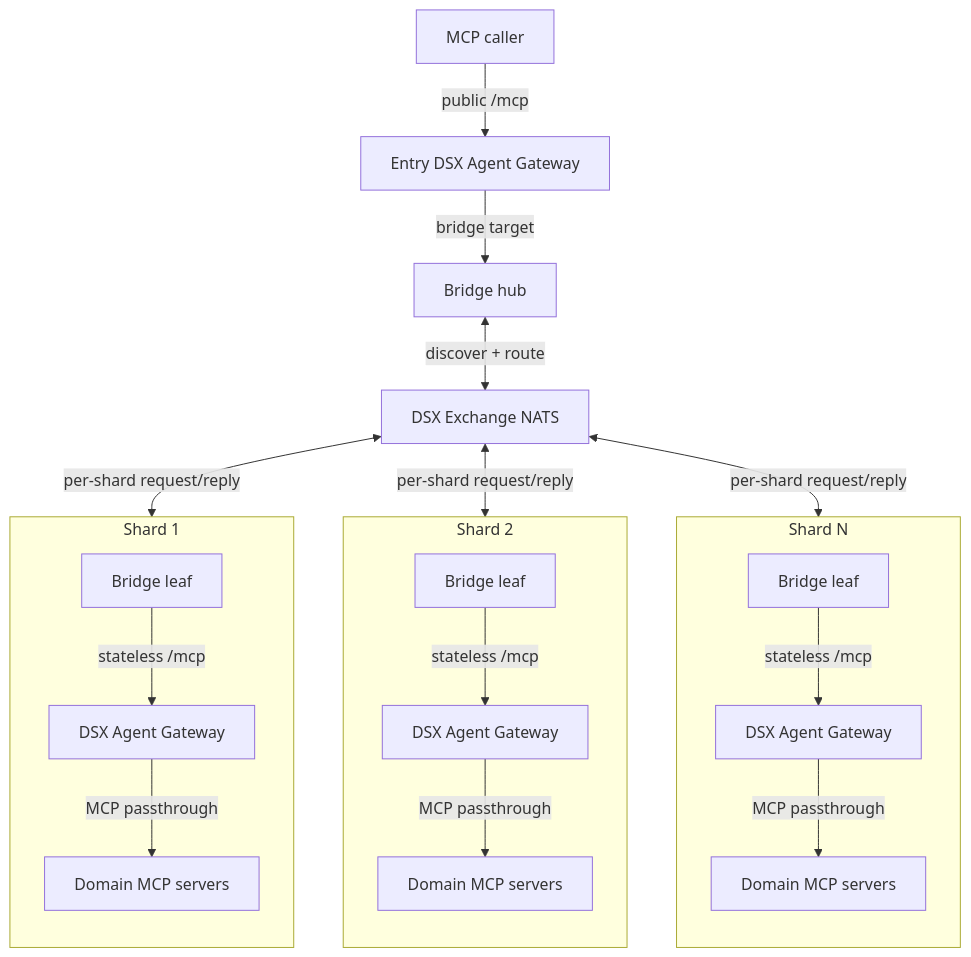
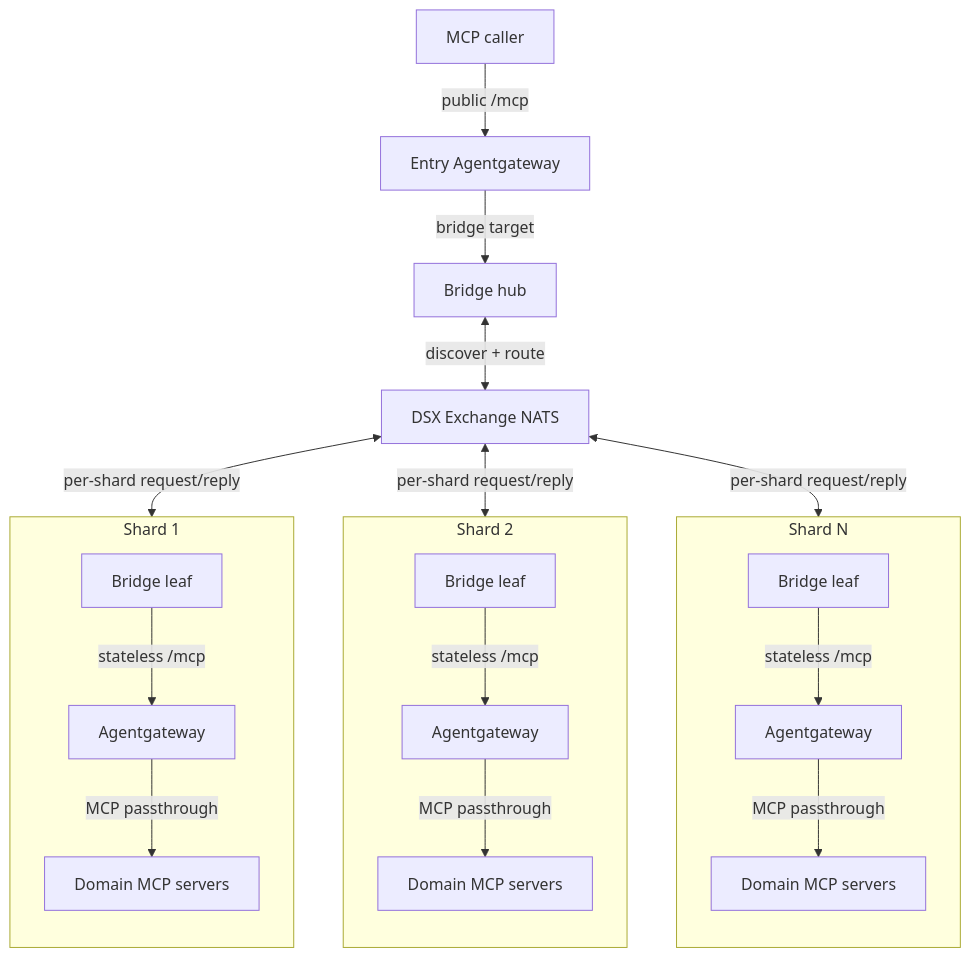
One commit to NVIDIA/dsx-exchange changed the first of 5 diagrams in dsx-agentgateway-bridge/README.md. Above: the diagram before and after it, drawn with Mermaid. The commit also changed other lines of this file and 12 other files, not shown here.

````diff
--- a/dsx-agentgateway-bridge/README.md
+++ b/dsx-agentgateway-bridge/README.md
@@ -14,41 +14,41 @@
 ```mermaid
 flowchart TB
     caller["MCP caller"]
-    entry["Entry DSX Agent Gateway"]
+    entry["Entry Agentgateway"]
     hub["Bridge hub"]
     nats["DSX Exchange NATS"]
 
     subgraph shardN["Shard N"]
         direction TB
         leafN["Bridge leaf"]
-        gatewayN["DSX Agent Gateway"]
+        gatewayN["Agentgateway"]
         domainsN["Domain MCP servers"]
         leafN -->|stateless /mcp| gatewayN
         gatewayN -->|MCP passthrough| domainsN
     end
 
     subgraph shard2["Shard 2"]
         direction TB
         leaf2["Bridge leaf"]
-        gateway2["DSX Agent Gateway"]
+        gateway2["Agentgateway"]
         domains2["Domain MCP servers"]
         leaf2 -->|stateless /mcp| gateway2
         gateway2 -->|MCP passthrough| domains2
     end
 
     subgraph shard1["Shard 1"]
         direction TB
         leaf1["Bridge leaf"]
-        gateway1["DSX Agent Gateway"]
+        gateway1["Agentgateway"]
         domains1["Domain MCP servers"]
         leaf1 -->|stateless /mcp| gateway1
         gateway1 -->|MCP passthrough| domains1
     end
 
     caller -->|public /mcp| entry
     entry -->|bridge target| hub
     hub <-->|discover + route| nats
     nats <-->|per-shard request/reply| leafN
     nats <-->|per-shard request/reply| leaf2
     nats <-->|per-shard request/reply| leaf1
 ```
````
